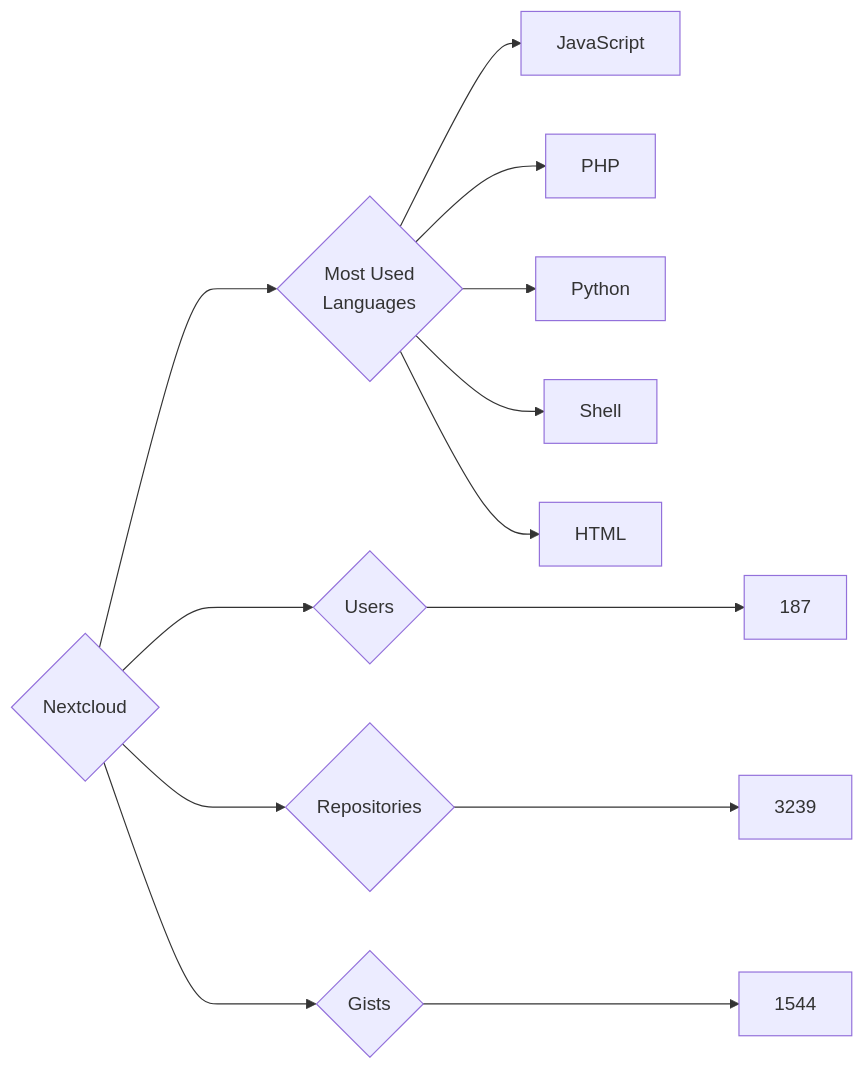
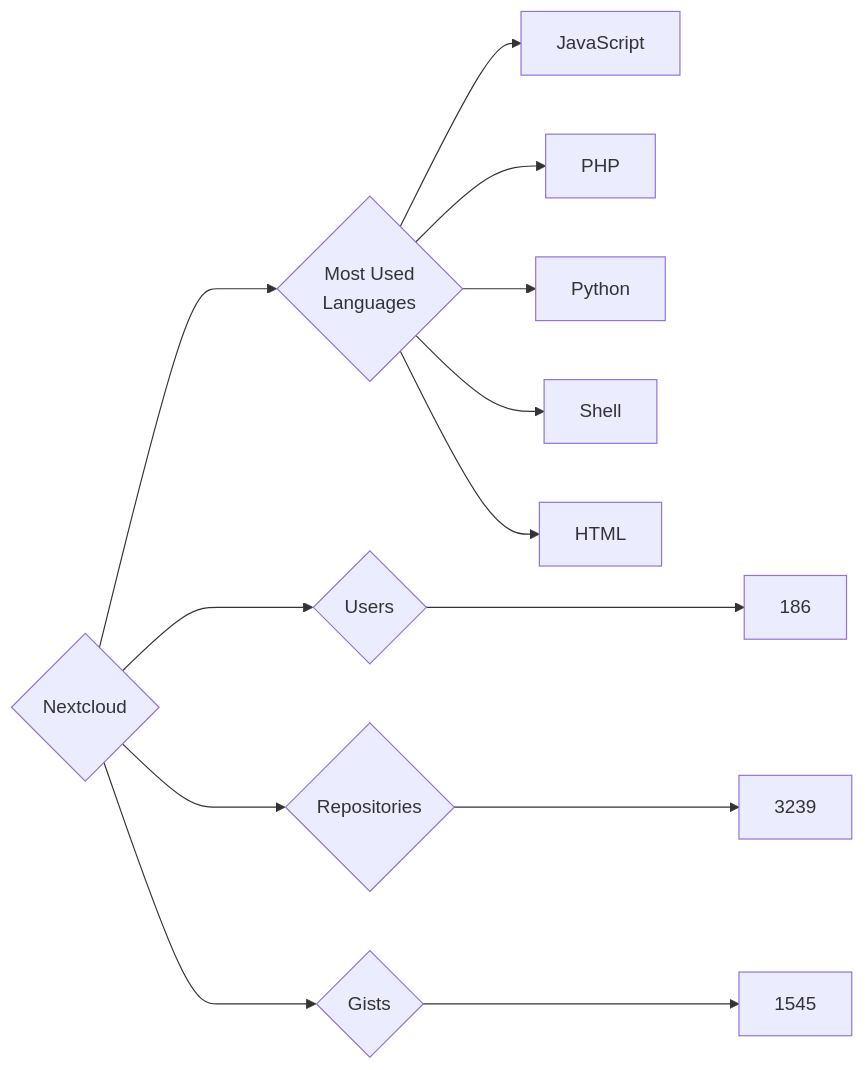
Before and after one commit to trickest/insiders: the diagram in targets/Nextcloud/README.md, drawn with Mermaid. The commit also changed 939 other files, not shown here.

````diff
--- a/targets/Nextcloud/README.md
+++ b/targets/Nextcloud/README.md
@@ -3,13 +3,13 @@
 ```mermaid
 graph LR
 COMPANY_NAME{Nextcloud}
-COMPANY_NAME ---> U{Users} ---> UN[187]
+COMPANY_NAME ---> U{Users} ---> UN[186]
 COMPANY_NAME ---> R{Repositories} ---> RN[3239]
-COMPANY_NAME ---> G{Gists} ---> GN[1544]
+COMPANY_NAME ---> G{Gists} ---> GN[1545]
 COMPANY_NAME ---> ML{Most Used<br>Languages}
 ML --> JavaScript[JavaScript]
 ML --> PHP[PHP]
 ML --> Python[Python]
 ML --> Shell[Shell]
 ML --> HTML[HTML]
 ```
````
